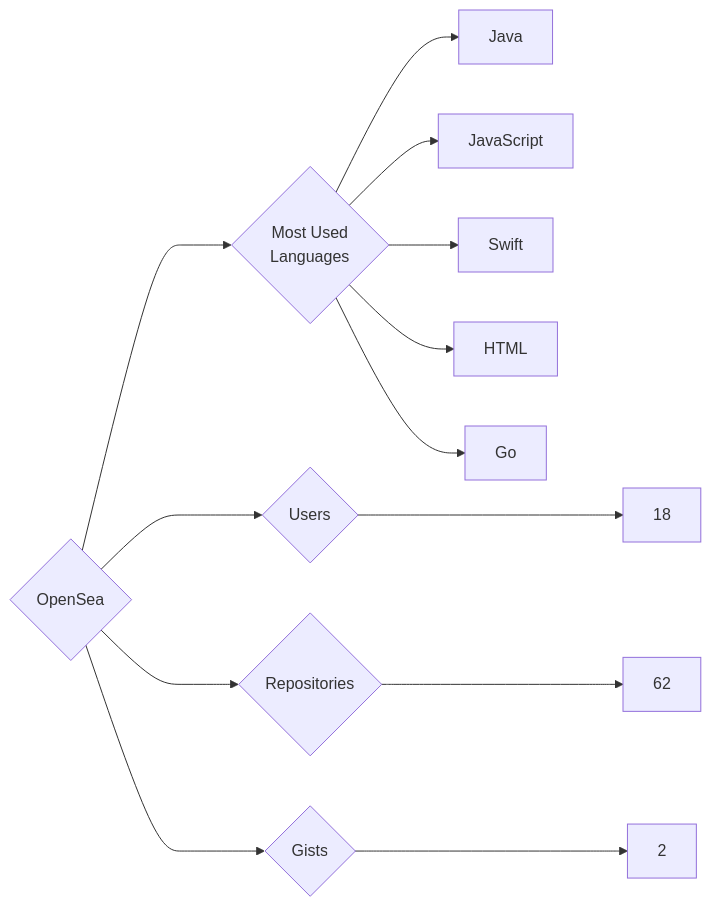
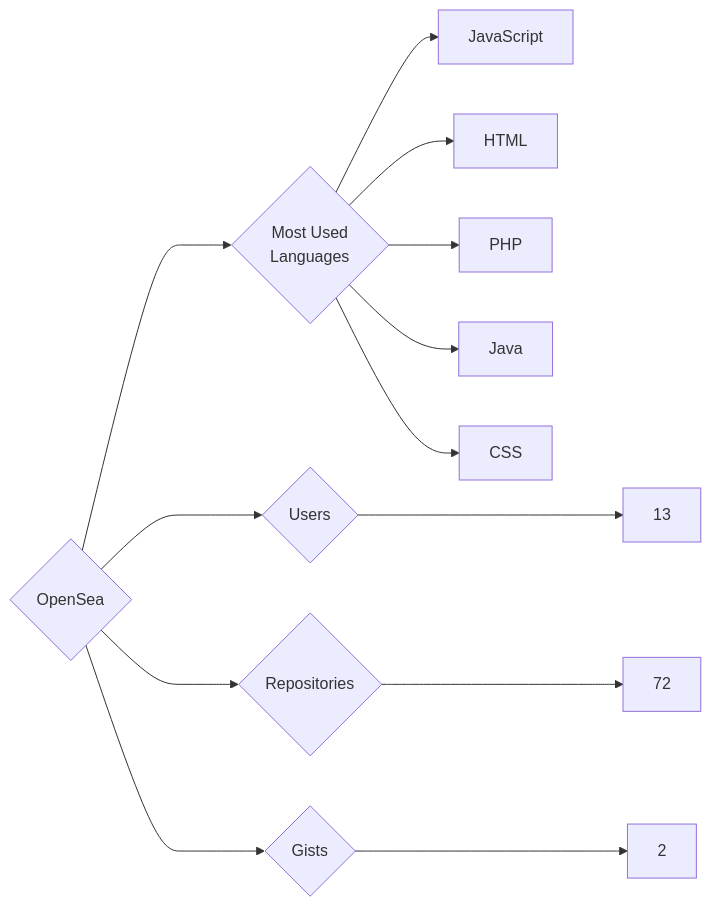
Before and after one commit to trickest/insiders: the diagram in targets/OpenSea/README.md, drawn with Mermaid. The commit also changed 953 other files, not shown here.

````diff
--- a/targets/OpenSea/README.md
+++ b/targets/OpenSea/README.md
@@ -3,13 +3,13 @@
 ```mermaid
 graph LR
 COMPANY_NAME{OpenSea}
-COMPANY_NAME ---> U{Users} ---> UN[18]
-COMPANY_NAME ---> R{Repositories} ---> RN[62]
+COMPANY_NAME ---> U{Users} ---> UN[13]
+COMPANY_NAME ---> R{Repositories} ---> RN[72]
 COMPANY_NAME ---> G{Gists} ---> GN[2]
 COMPANY_NAME ---> ML{Most Used<br>Languages}
+ML --> JavaScript[JavaScript]
+ML --> HTML[HTML]
+ML --> PHP[PHP]
 ML --> Java[Java]
-ML --> JavaScript[JavaScript]
-ML --> Swift[Swift]
-ML --> HTML[HTML]
-ML --> Go[Go]
+ML --> CSS[CSS]
 ```
````
